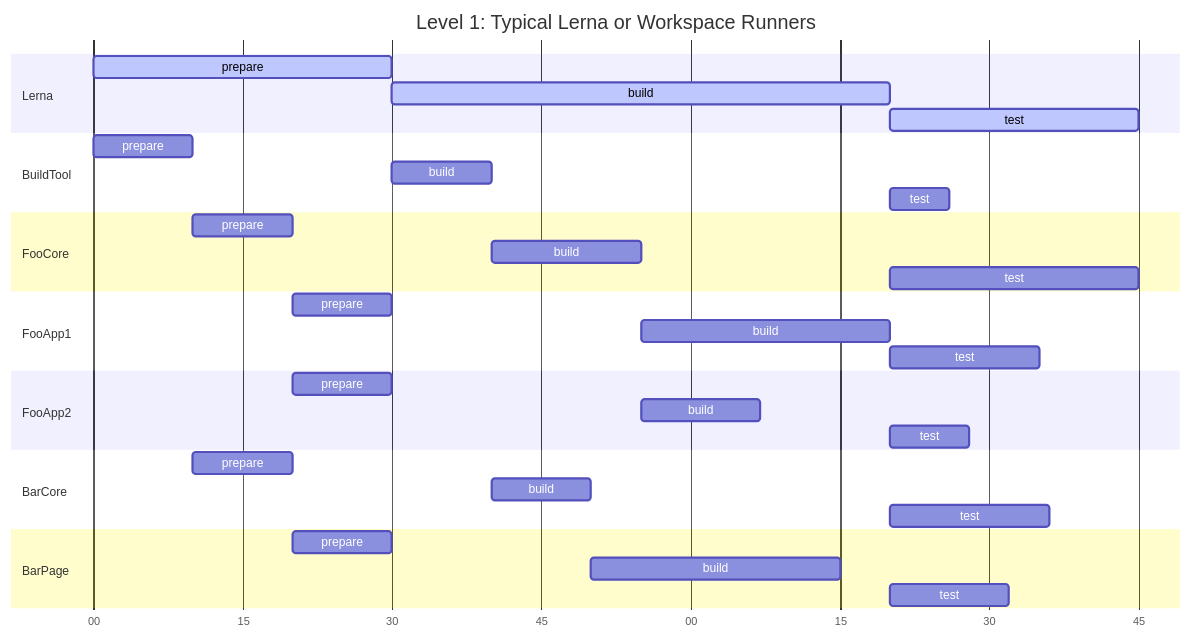
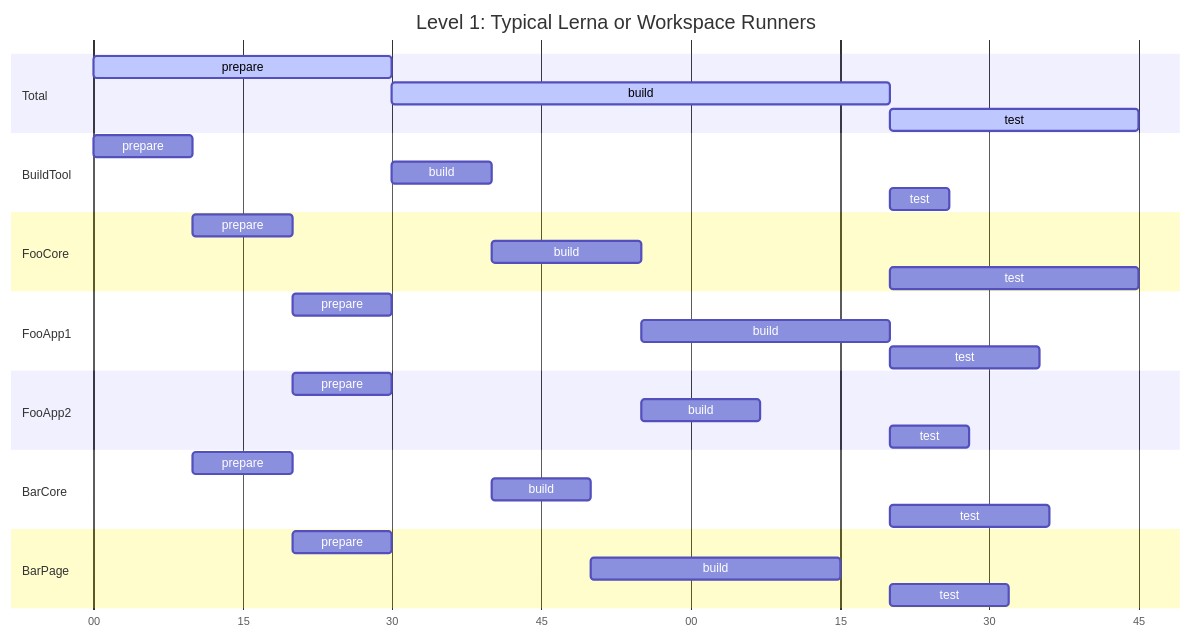
Before and after one commit to microsoft/lage: the second of 5 diagrams in docs/guide/levels.md, drawn with Mermaid. The commit also changed other lines of this file, not shown here.

````diff
--- a/docs/guide/levels.md
+++ b/docs/guide/levels.md
@@ -20,48 +20,48 @@
 ```mermaid
 gantt
 	title Level 1: Typical Lerna or Workspace Runners
 	dateFormat  s
   axisFormat  %S
 
-section Lerna
+section Total
 
-prepare: active, lerna_prepare, 0, 30s
-build : active, lerna_build, after lerna_prepare, 50s
-test : active, lerna_test, after lerna_build, 25s
+prepare: active, total_prepare, 0, 30s
+build : active, total_build, after total_prepare, 50s
+test : active, total_test, after total_build, 25s
 
     section BuildTool
 
     prepare: bt_prepare, 0, 10s
-    build  : bt_build, after lerna_prepare, 10s
-    test   : bt_test, after lerna_build, 6s
+    build  : bt_build, after total_prepare, 10s
+    test   : bt_test, after total_build, 6s
 
     section FooCore
 
     prepare: fc_prepare, after bt_prepare, 10s
     build: fc_build, after bt_build, 15s
-    test: fc_test, after lerna_build, 25s
+    test: fc_test, after total_build, 25s
 
 section FooApp1
 
     prepare: fa1_prepare, after fc_prepare, 10s
     build: fa1_build, after fc_build, 25s
-    test: fa1_test, after lerna_build, 15s
+    test: fa1_test, after total_build, 15s
 
 section FooApp2
 
     prepare: fa2_prepare, after fc_prepare, 10s
     build: fa2_build, after fc_build, 12s
-    test: fa2_test, after lerna_build, 8s
+    test: fa2_test, after total_build, 8s
 
 section BarCore
 
     prepare: bc_prepare, after bt_prepare, 10s
     build: bc_build, after bt_build, 10s
-    test: bc_test, after lerna_build, 16s
+    test: bc_test, after total_build, 16s
 
 section BarPage
 
     prepare: bp_prepare, after bc_prepare, 10s
     build: bp_build, after bc_build, 25s
-    test: bp_test, after lerna_build, 12s
+    test: bp_test, after total_build, 12s
 ```
````
